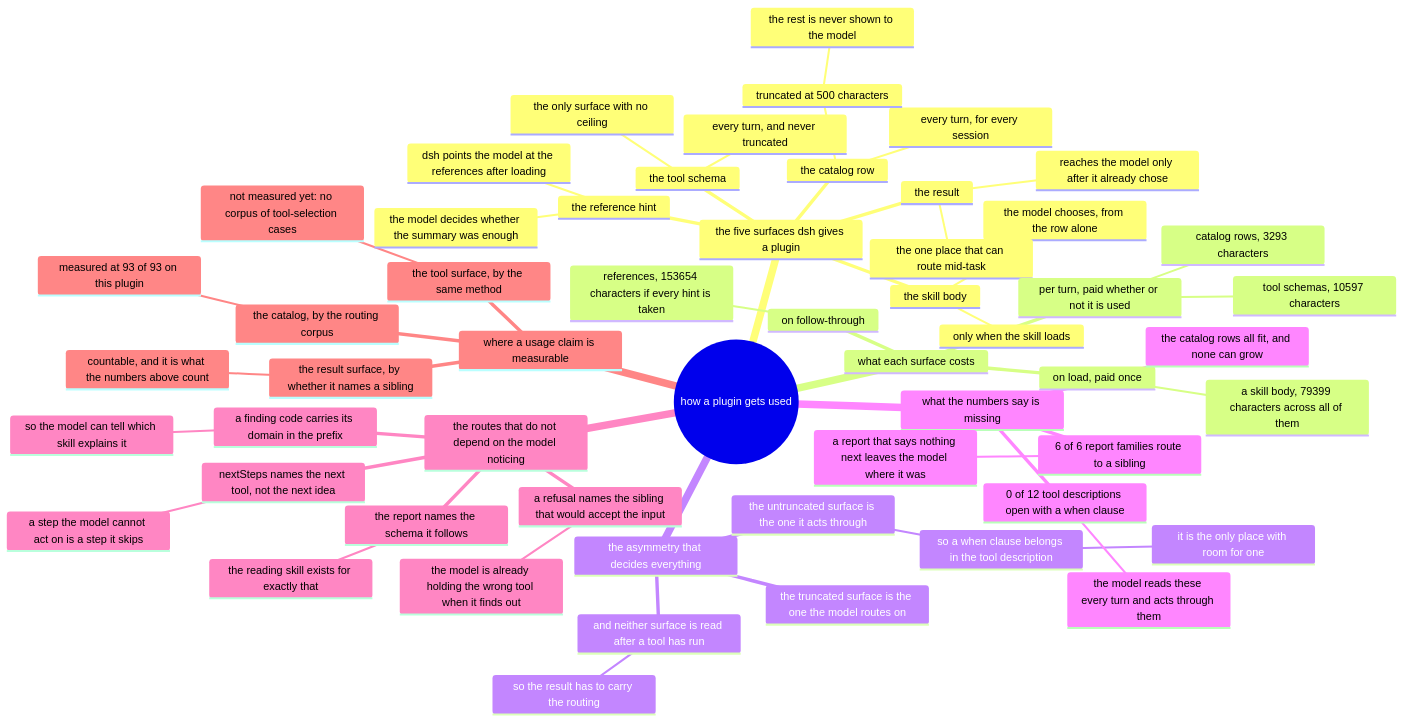
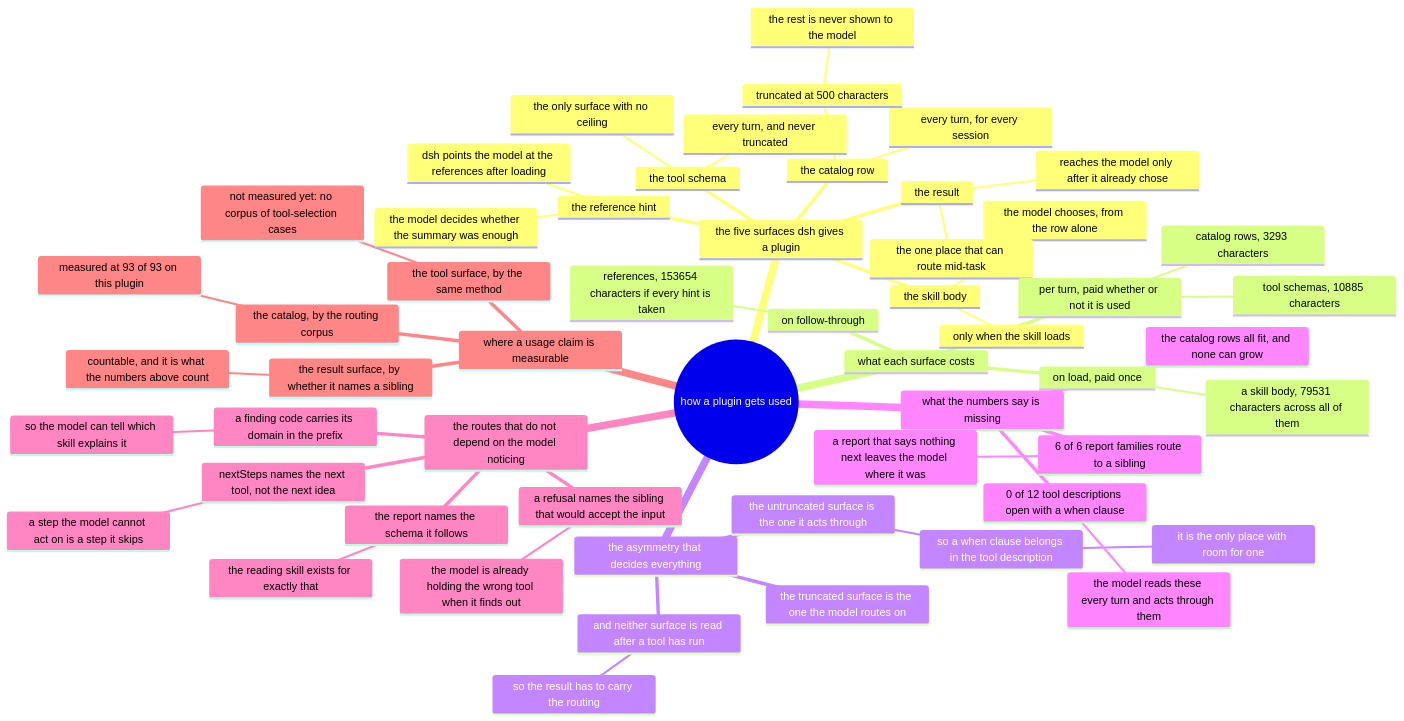
The diagram in docs/usage/mindmap.mmd (AmethystLuna/dsh-model-everything), drawn with Mermaid before and after one commit. The commit also changed 12 other files, not shown here.

```diff
--- a/docs/usage/mindmap.mmd
+++ b/docs/usage/mindmap.mmd
@@ -1,56 +1,56 @@
 mindmap
 root((how a plugin gets used))
   the five surfaces dsh gives a plugin
     the catalog row
       every turn, for every session
       truncated at 500 characters
         the rest is never shown to the model
     the skill body
       only when the skill loads
       the model chooses, from the row alone
     the reference hint
       dsh points the model at the references after loading
       the model decides whether the summary was enough
     the tool schema
       every turn, and never truncated
       the only surface with no ceiling
     the result
       reaches the model only after it already chose
       the one place that can route mid-task
   what each surface costs
     per turn, paid whether or not it is used
       catalog rows, 3293 characters
-      tool schemas, 10597 characters
+      tool schemas, 10885 characters
     on load, paid once
-      a skill body, 79399 characters across all of them
+      a skill body, 79531 characters across all of them
     on follow-through
       references, 153654 characters if every hint is taken
   the asymmetry that decides everything
     the truncated surface is the one the model routes on
     the untruncated surface is the one it acts through
       so a when clause belongs in the tool description
         it is the only place with room for one
     and neither surface is read after a tool has run
       so the result has to carry the routing
   what the numbers say is missing
     0 of 12 tool descriptions open with a when clause
       the model reads these every turn and acts through them
     6 of 6 report families route to a sibling
       a report that says nothing next leaves the model where it was
     the catalog rows all fit, and none can grow
   the routes that do not depend on the model noticing
     a refusal names the sibling that would accept the input
       the model is already holding the wrong tool when it finds out
     nextSteps names the next tool, not the next idea
       a step the model cannot act on is a step it skips
     a finding code carries its domain in the prefix
       so the model can tell which skill explains it
     the report names the schema it follows
       the reading skill exists for exactly that
   where a usage claim is measurable
     the catalog, by the routing corpus
       measured at 93 of 93 on this plugin
     the tool surface, by the same method
       not measured yet: no corpus of tool-selection cases
     the result surface, by whether it names a sibling
       countable, and it is what the numbers above count
```
